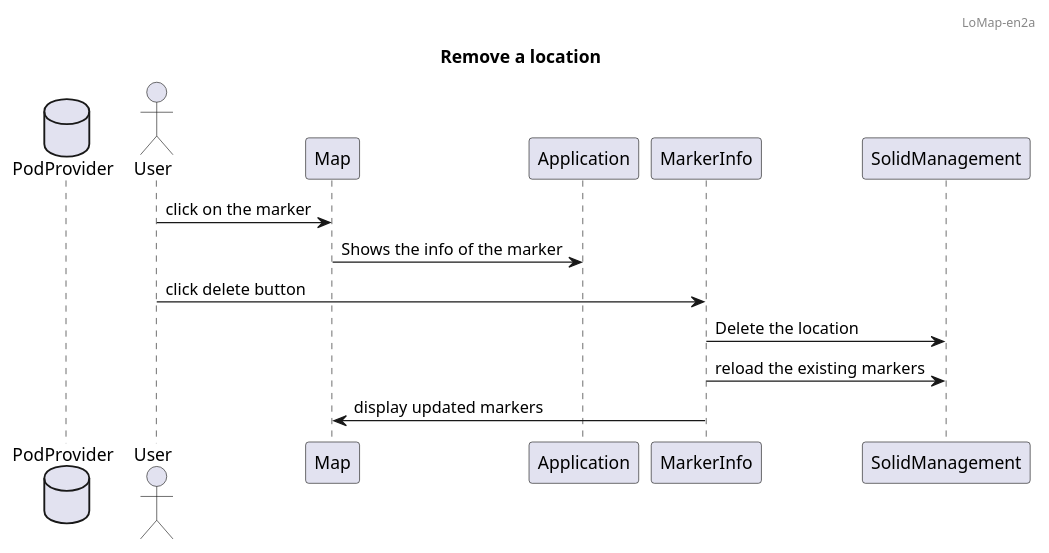
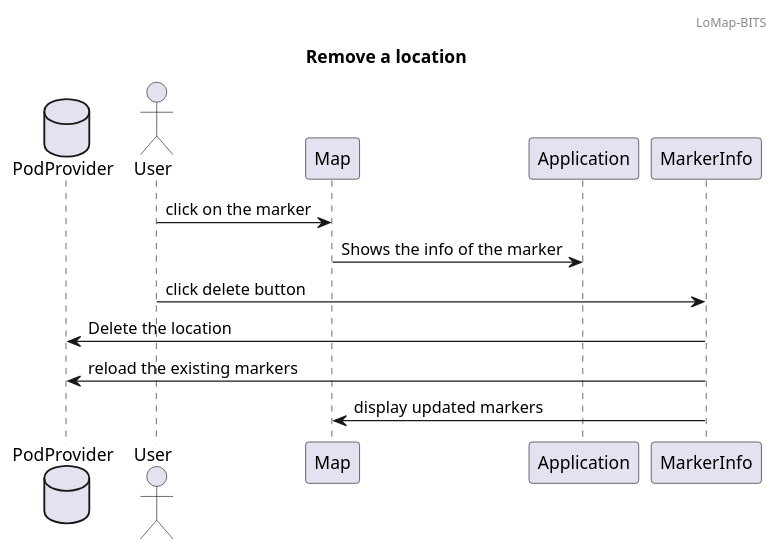
The third of 3 diagrams in docs/06_runtime_view.adoc (andrrsin/lomap_2.0), drawn with PlantUML before and after one commit. The commit also changed other lines of this file and 26 other files, not shown here.

```diff
--- a/docs/06_runtime_view.adoc
+++ b/docs/06_runtime_view.adoc
@@ -54,20 +54,20 @@
 [plantuml,"Remove location from map",png]
 -----
 @startuml
 
-header LoMap-en2a
+header LoMap-BITS
 
 title Remove a location
 
 database PodProvider
 actor User
 
 User -> Map : click on the marker
 Map -> Application: Shows the info of the marker
 User -> MarkerInfo: click delete button
-MarkerInfo -> SolidManagement: Delete the location
-MarkerInfo -> SolidManagement: reload the existing markers
+MarkerInfo -> PodProvider: Delete the location
+MarkerInfo -> PodProvider: reload the existing markers
 MarkerInfo -> Map: display updated markers
 
 @enduml
 -----
```
